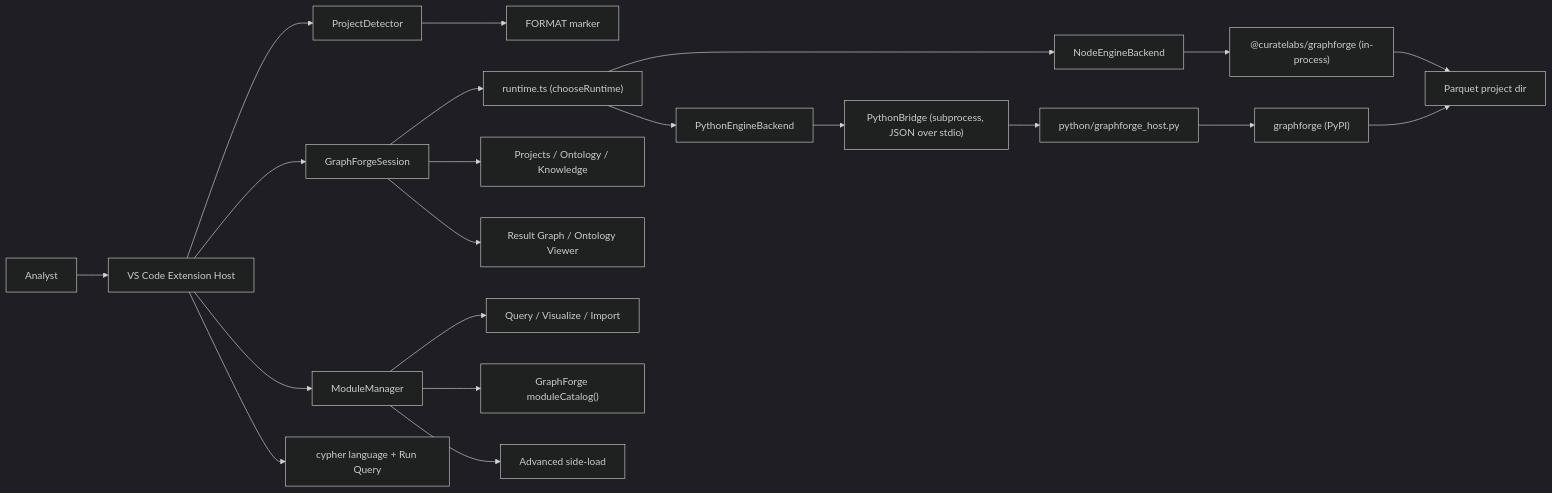
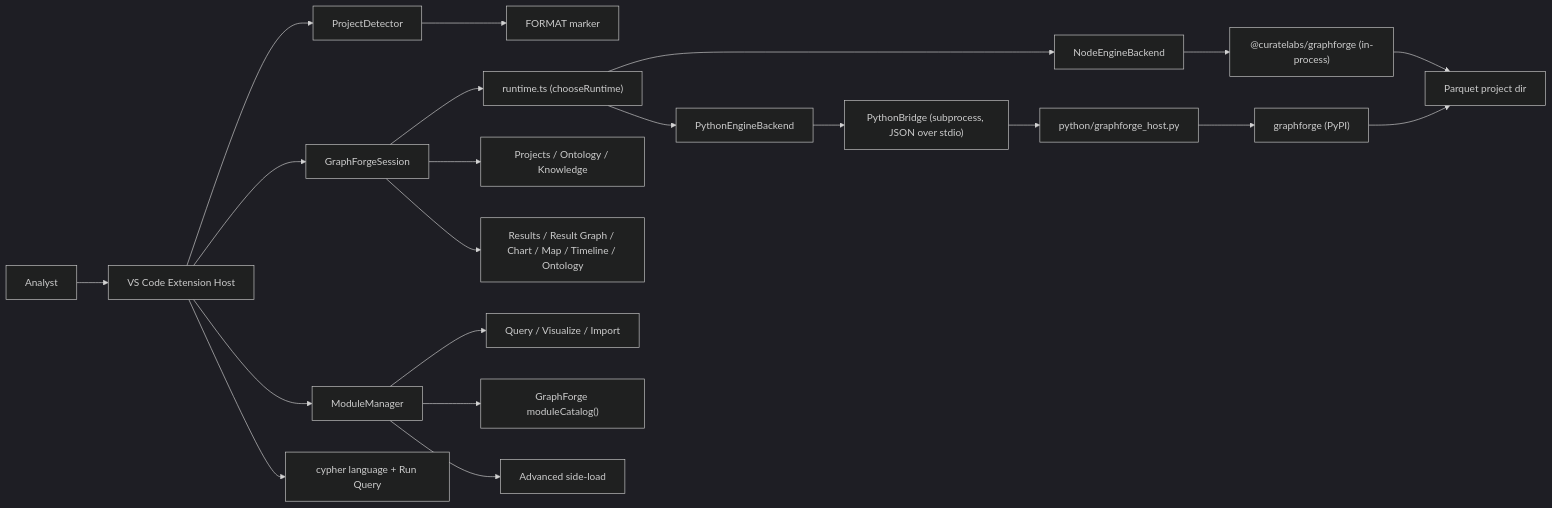
One commit to CurateLabs/graphforge-vscode changed the diagram in docs/engineering/ARCHITECTURE.md. Above: the diagram before and after it, drawn with Mermaid (dark theme). The commit also changed other lines of this file and 53 other files, not shown here.

````diff
--- a/docs/engineering/ARCHITECTURE.md
+++ b/docs/engineering/ARCHITECTURE.md
@@ -17,23 +17,23 @@
 ```mermaid
 flowchart LR
   Analyst["Analyst"] --> Vscode["VS Code Extension Host"]
   Vscode --> Detector["ProjectDetector"]
   Vscode --> Session["GraphForgeSession"]
   Detector --> Format["FORMAT marker"]
   Session --> Runtime["runtime.ts (chooseRuntime)"]
   Runtime --> NodeBackend["NodeEngineBackend"]
   Runtime --> PyBackend["PythonEngineBackend"]
   NodeBackend --> Native["@curatelabs/graphforge (in-process)"]
   PyBackend --> Bridge["PythonBridge (subprocess, JSON over stdio)"]
   Bridge --> Host["python/graphforge_host.py"]
   Host --> PyPkg["graphforge (PyPI)"]
   Native --> ProjectDir["Parquet project dir"]
   PyPkg --> ProjectDir
   Session --> Trees["Projects / Ontology / Knowledge"]
-  Session --> Webviews["Result Graph / Ontology Viewer"]
+  Session --> Webviews["Results / Result Graph / Chart / Map / Timeline / Ontology"]
   Vscode --> Modules["ModuleManager"]
   Modules --> Builtins["Query / Visualize / Import"]
   Modules --> Catalog["GraphForge moduleCatalog()"]
   Modules --> Sideload["Advanced side-load"]
   Vscode --> Cypher["cypher language + Run Query"]
 ```
````
